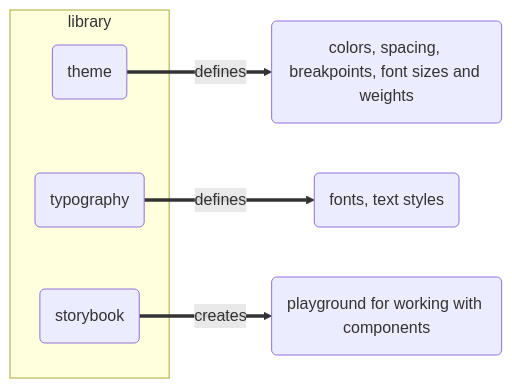
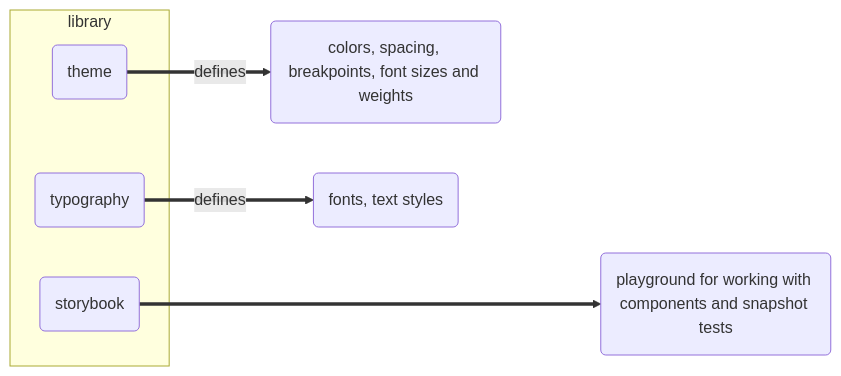
One commit to adaschevici/react-advanced changed the diagram in content/design-system/_index.md. Above: the diagram before and after it, drawn with Mermaid. The commit also changed other lines of this file and 6 other files, not shown here.

```diff
--- a/content/design-system/_index.md
+++ b/content/design-system/_index.md
@@ -24,11 +24,11 @@
 {{<mermaid>}}
 graph LR
     subgraph library
         id1
         id3
         id5
     end
     id1(theme) ==defines==> id2(colors, spacing, breakpoints, font sizes and weights)
     id3(typography) ==defines==> id4(fonts, text styles)
-    id5(storybook) ==creates==> id6(playground for working with components)
+    id5(storybook) ====> id6(playground for working with components and snapshot tests)
 {{</mermaid>}}
```
